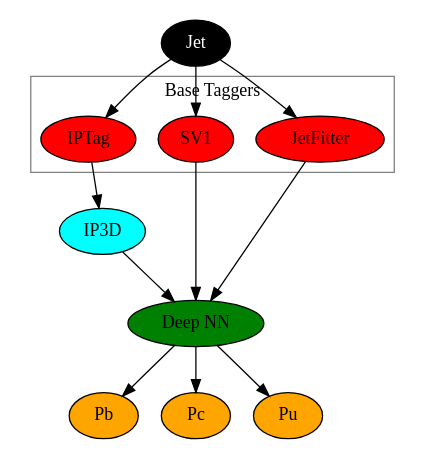
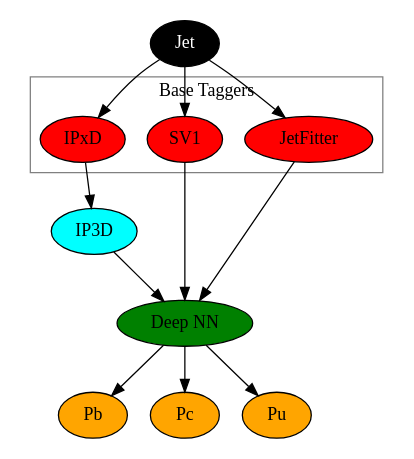
One commit to dguest/graphviz-tagging changed the diagram in dot/tagging-gaia-future.dot. Above: the diagram before and after it, drawn with Graphviz. The commit also changed 1 other file, not shown here.

```diff
--- a/dot/tagging-gaia-future.dot
+++ b/dot/tagging-gaia-future.dot
@@ -1,36 +1,36 @@
 digraph g { 
 
 graph [size = "3, 3"]
 //label="Atlas Flavor Tagging Framework"
 jet  [label="Jet", fontcolor=white, style=filled, fillcolor=black]; 
 
 subgraph cluster_0{ 
 rank=same
 label="Base Taggers"
 color=gray
-iptag      [label="IPTag"     , style=filled, fillcolor=red]
+iptag      [label="IPxD"     , style=filled, fillcolor=red]
 svtag      [label="SV1"       , style=filled, fillcolor=red]
 jetfitter  [label="JetFitter" , style=filled, fillcolor=red]
 }			
 jet -> iptag
 jet -> svtag
 jet -> jetfitter
 
 //subgraph {rank=same
 ip3d    [ label="IP3D"   , style=filled, fillcolor = cyan]
 sometag [ label="Deep NN"   , style=filled, fillcolor = green]
 iptag -> ip3d
 ip3d -> sometag
 svtag -> sometag
 jetfitter -> sometag
 
 pb [label="Pb", style=filled, fillcolor=orange]
 pc [label="Pc", style=filled, fillcolor=orange]
 pu [label="Pu", style=filled, fillcolor=orange]
 
 sometag -> pb
 sometag -> pc
 sometag -> pu
 
 
 }
```
